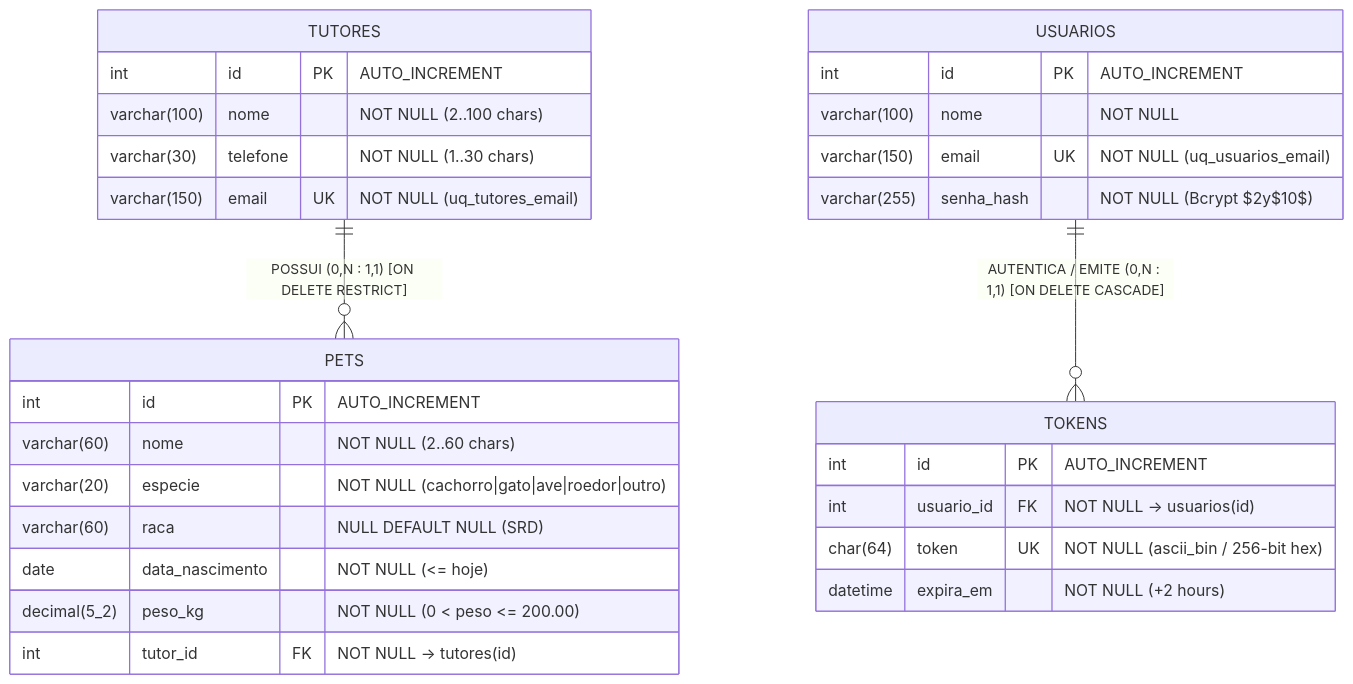
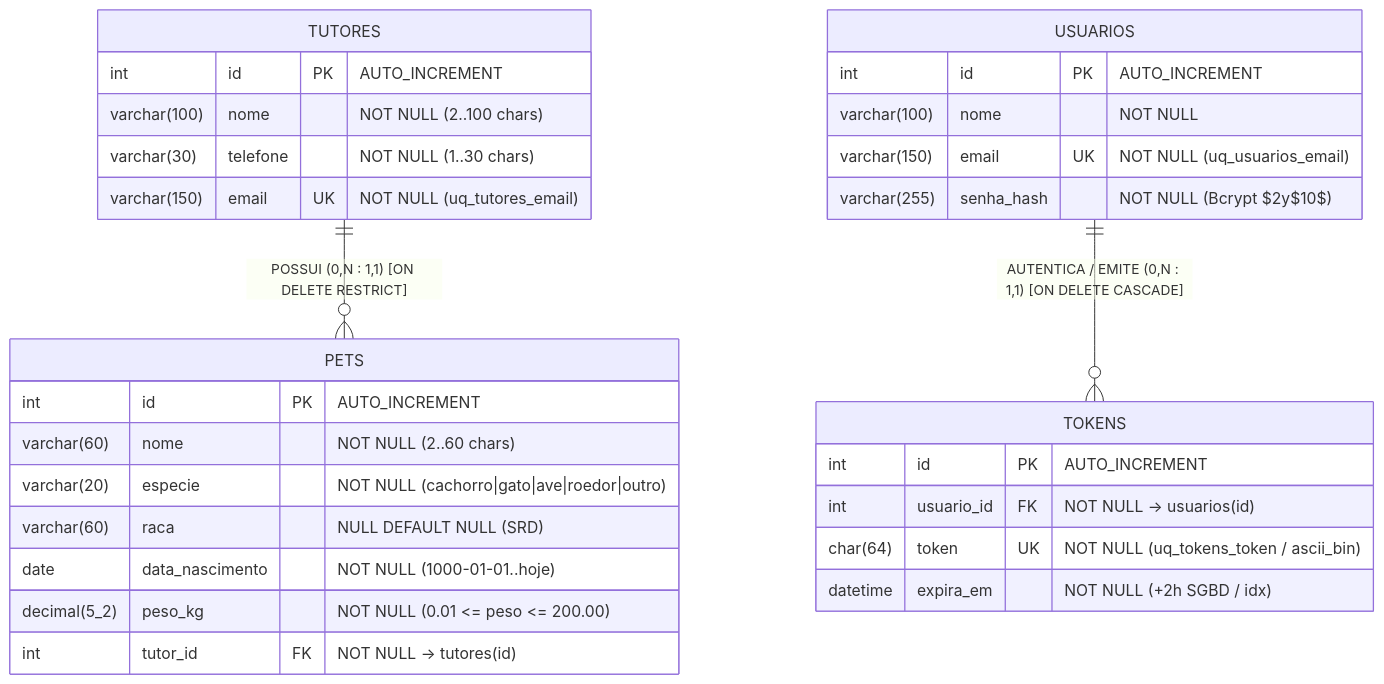
The diagram in docs/MER.md (Eduardoferalves/petcare), drawn with Mermaid before and after one commit. The commit also changed other lines of this file and 3 other files, not shown here.

````diff
--- a/docs/MER.md
+++ b/docs/MER.md
@@ -39,36 +39,36 @@
 ```mermaid
 erDiagram
     TUTORES ||--o{ PETS : "POSSUI (0,N : 1,1) [ON DELETE RESTRICT]"
     USUARIOS ||--o{ TOKENS : "AUTENTICA / EMITE (0,N : 1,1) [ON DELETE CASCADE]"
 
     TUTORES {
         int id PK "AUTO_INCREMENT"
         varchar(100) nome "NOT NULL (2..100 chars)"
         varchar(30) telefone "NOT NULL (1..30 chars)"
         varchar(150) email UK "NOT NULL (uq_tutores_email)"
     }
 
     PETS {
         int id PK "AUTO_INCREMENT"
         varchar(60) nome "NOT NULL (2..60 chars)"
         varchar(20) especie "NOT NULL (cachorro|gato|ave|roedor|outro)"
         varchar(60) raca "NULL DEFAULT NULL (SRD)"
-        date data_nascimento "NOT NULL (<= hoje)"
-        decimal(5_2) peso_kg "NOT NULL (0 < peso <= 200.00)"
+        date data_nascimento "NOT NULL (1000-01-01..hoje)"
+        decimal(5_2) peso_kg "NOT NULL (0.01 <= peso <= 200.00)"
         int tutor_id FK "NOT NULL -> tutores(id)"
     }
 
     USUARIOS {
         int id PK "AUTO_INCREMENT"
         varchar(100) nome "NOT NULL"
         varchar(150) email UK "NOT NULL (uq_usuarios_email)"
         varchar(255) senha_hash "NOT NULL (Bcrypt $2y$10$)"
     }
 
     TOKENS {
         int id PK "AUTO_INCREMENT"
         int usuario_id FK "NOT NULL -> usuarios(id)"
-        char(64) token UK "NOT NULL (ascii_bin / 256-bit hex)"
-        datetime expira_em "NOT NULL (+2 hours)"
+        char(64) token UK "NOT NULL (uq_tokens_token / ascii_bin)"
+        datetime expira_em "NOT NULL (+2h SGBD / idx)"
     }
 ```
````
